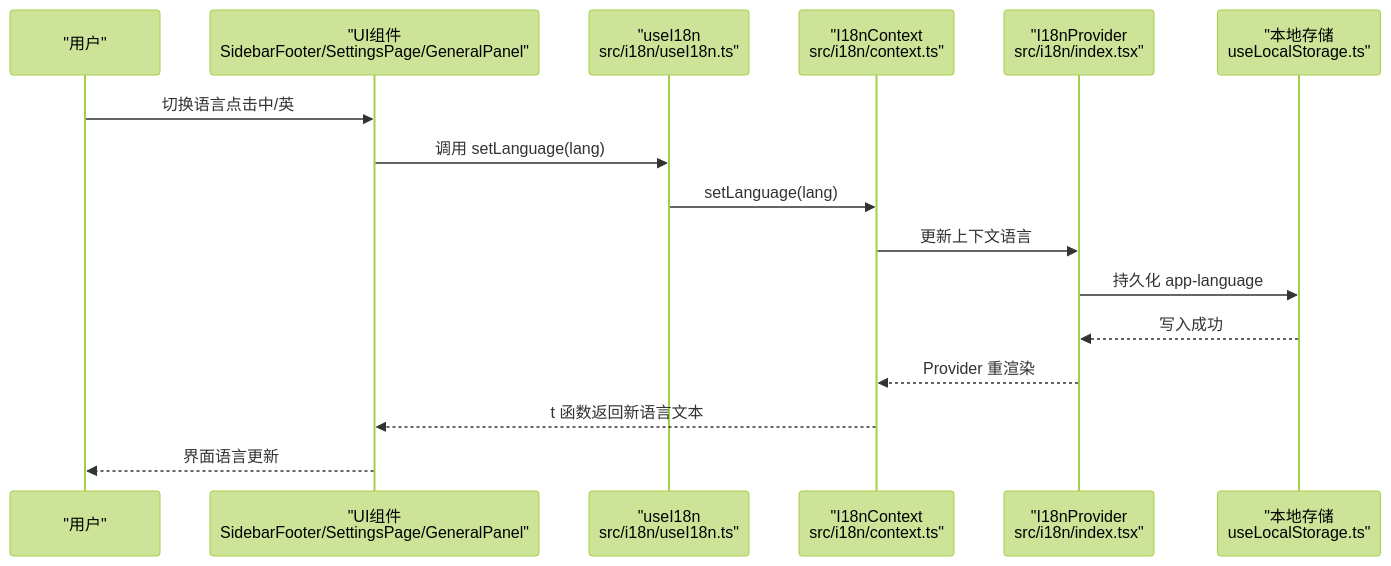
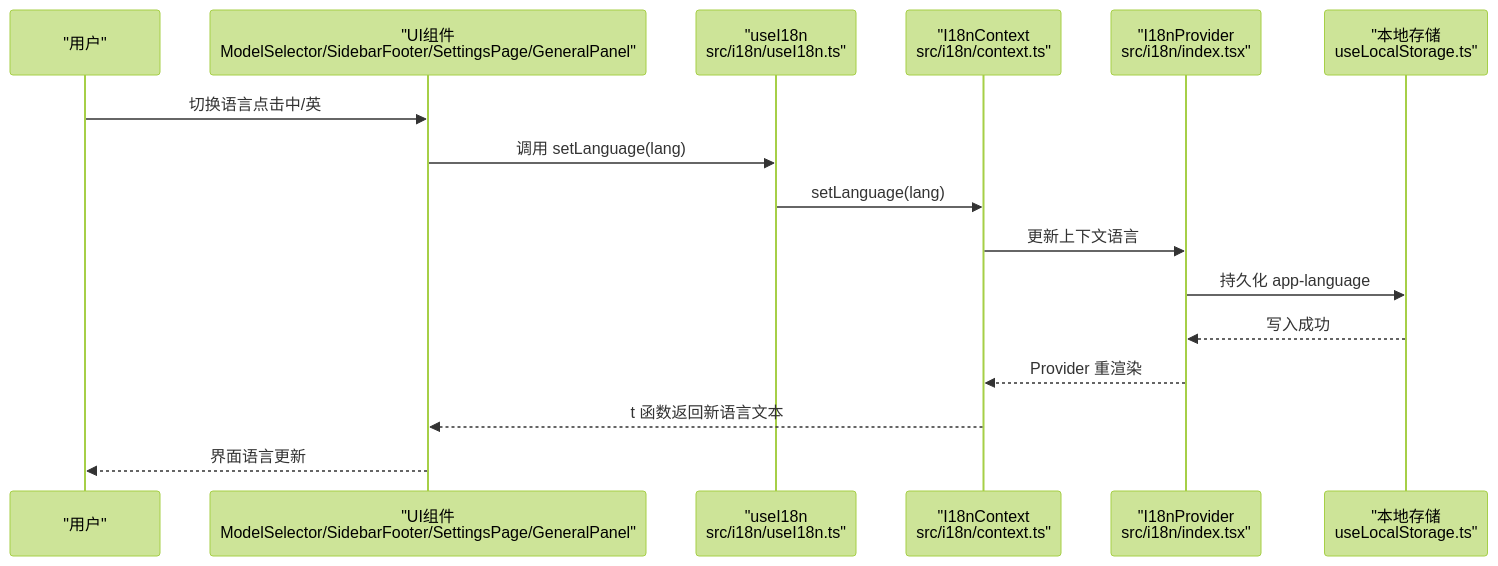
The second of 7 diagrams in .qoder/repowiki/zh/content/国际化支持.md (RabbitAI-Lab/RabbitCoding), drawn with Mermaid (forest theme) before and after one commit. The commit also changed other lines of this file and 66 other files, not shown here.

````diff
--- a/.qoder/repowiki/zh/content/国际化支持.md
+++ b/.qoder/repowiki/zh/content/国际化支持.md
@@ -126,18 +144,18 @@
 ```mermaid
 sequenceDiagram
 participant U as "用户"
-participant UI as "UI组件<br/>SidebarFooter/SettingsPage/GeneralPanel"
+participant UI as "UI组件<br/>ModelSelector/SidebarFooter/SettingsPage/GeneralPanel"
 participant Hook as "useI18n<br/>src/i18n/useI18n.ts"
 participant Ctx as "I18nContext<br/>src/i18n/context.ts"
 participant Prov as "I18nProvider<br/>src/i18n/index.tsx"
 participant LS as "本地存储<br/>useLocalStorage.ts"
 U->>UI : 切换语言点击中/英
 UI->>Hook : 调用 setLanguage(lang)
 Hook->>Ctx : setLanguage(lang)
 Ctx->>Prov : 更新上下文语言
 Prov->>LS : 持久化 app-language
 LS-->>Prov : 写入成功
 Prov-->>Ctx : Provider 重渲染
 Ctx-->>UI : t 函数返回新语言文本
 UI-->>U : 界面语言更新
 ```
````
